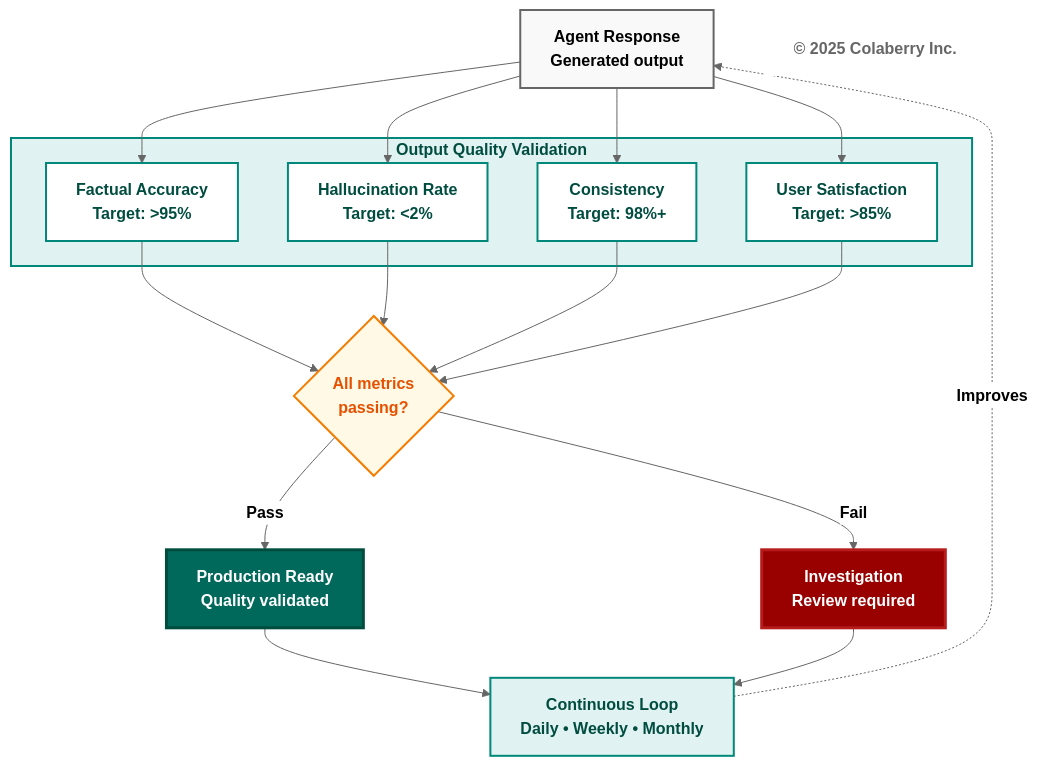
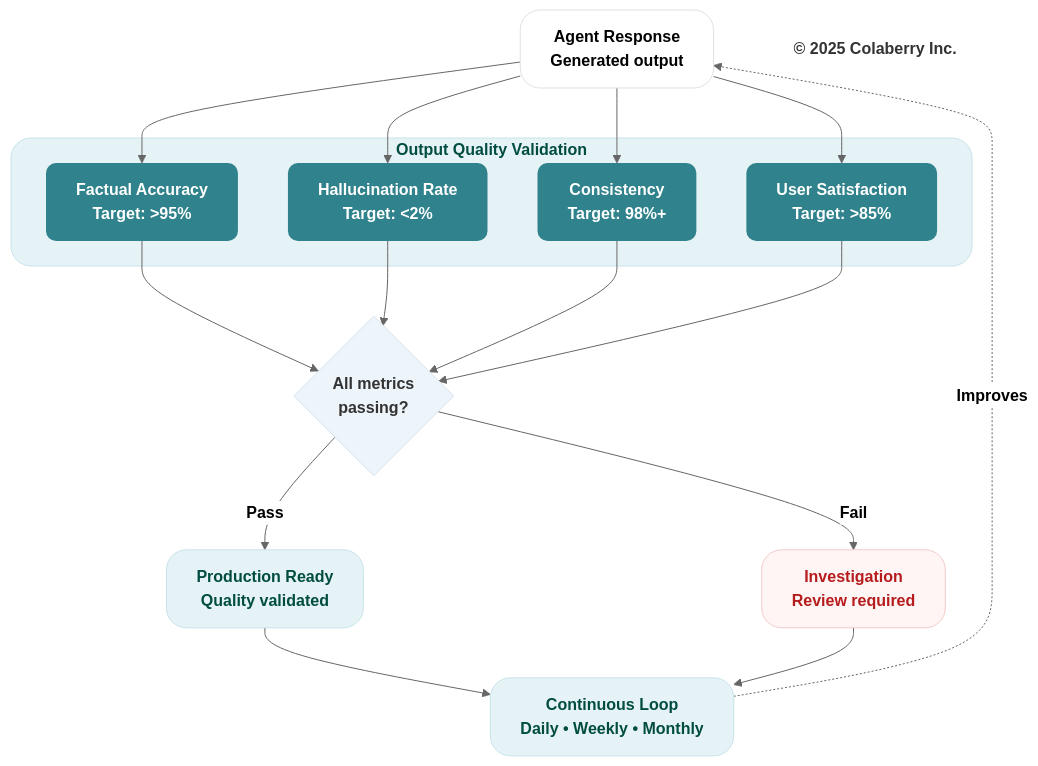
Before and after one commit to saitejesh-cyber/trust-before-intelligence-book: the eighth of 14 diagrams in manuscript/08_chapter_7_goals_framework.md, drawn with Mermaid (neutral theme). The commit also changed other lines of this file and 7 other files, not shown here.

Commit message:
Chapter 6to13: Updated mermaid diagrams based on new colaberry color code

````diff
--- a/manuscript/08_chapter_7_goals_framework.md
+++ b/manuscript/08_chapter_7_goals_framework.md
@@ -823,49 +823,49 @@
 ```mermaid
 graph TB
     AGENT["<b>Agent Response</b><br/><b>Generated output</b>"]
     
     subgraph METRICS["<b>Output Quality Validation</b>"]
         M1["<b>Factual Accuracy</b><br/><b>Target: >95%</b>"]
         M2["<b>Hallucination Rate</b><br/><b>Target: <2%</b>"]
         M3["<b>Consistency</b><br/><b>Target: 98%+</b>"]
         M4["<b>User Satisfaction</b><br/><b>Target: >85%</b>"]
     end
     
     VALIDATE{<b>All metrics<br/>passing?</b>}
     
     PASS["<b>Production Ready</b><br/><b>Quality validated</b>"]
     FAIL["<b>Investigation</b><br/><b>Review required</b>"]
     
     FEEDBACK["<b>Continuous Loop</b><br/><b>Daily • Weekly • Monthly</b>"]
     
     AGENT --> M1
     AGENT --> M2
     AGENT --> M3
     AGENT --> M4
     
     M1 --> VALIDATE
     M2 --> VALIDATE
     M3 --> VALIDATE
     M4 --> VALIDATE
     
     VALIDATE -->|<b>Pass</b>| PASS
     VALIDATE -->|<b>Fail</b>| FAIL
     
     PASS --> FEEDBACK
     FAIL --> FEEDBACK
     FEEDBACK -.->|<b>Improves</b>| AGENT
     
-    style AGENT fill:#f9f9f9,stroke:#666666,stroke-width:2px,color:#000000
-    style METRICS fill:#e0f2f1,stroke:#00897b,stroke-width:2px,color:#004d40
-    style M1 fill:#ffffff,stroke:#00897b,stroke-width:2px,color:#004d40
-    style M2 fill:#ffffff,stroke:#00897b,stroke-width:2px,color:#004d40
-    style M3 fill:#ffffff,stroke:#00897b,stroke-width:2px,color:#004d40
-    style M4 fill:#ffffff,stroke:#00897b,stroke-width:2px,color:#004d40
-    style VALIDATE fill:#fff9e6,stroke:#f57c00,stroke-width:2px,color:#e65100
-    style PASS fill:#00695c,color:#ffffff,stroke:#004d40,stroke-width:3px
-    style FAIL fill:#990000,color:#ffffff,stroke:#b71c1c,stroke-width:3px
-    style FEEDBACK fill:#e0f2f1,stroke:#00897b,stroke-width:2px,color:#004d40
+    style AGENT fill:#ffffff,stroke:#e0e0e0,stroke-width:1px,color:#000000,rx:20,ry:20
+    style METRICS fill:#e6f3f6,stroke:#c7e3ea,stroke-width:1px,color:#004d40,rx:20,ry:20
+    style M1 fill:#30838C,stroke:none,color:#ffffff,rx:10,ry:10
+    style M2 fill:#30838C,stroke:none,color:#ffffff,rx:10,ry:10
+    style M3 fill:#30838C,stroke:none,color:#ffffff,rx:10,ry:10
+    style M4 fill:#30838C,stroke:none,color:#ffffff,rx:10,ry:10
+    style VALIDATE fill:#edf4fa,stroke:#d6e4f2,stroke-width:1px,color:#333333,rx:20,ry:20
+    style PASS fill:#e6f3f6,stroke:#c7e3ea,stroke-width:1px,color:#004d40,rx:20,ry:20
+    style FAIL fill:#fff5f5,stroke:#f2caca,stroke-width:1px,color:#b71c1c,rx:20,ry:20
+    style FEEDBACK fill:#e6f3f6,stroke:#c7e3ea,stroke-width:1px,color:#004d40,rx:20,ry:20
     
     Copyright["<b>© 2025 Colaberry Inc.</b>"]
-    style Copyright fill:#ffffff,stroke:none,color:#666666
+    style Copyright fill:none,stroke:none,color:#333333
 ```
````
